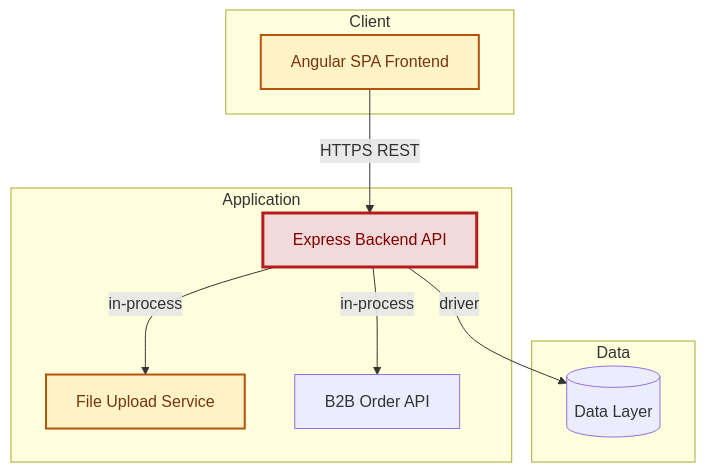
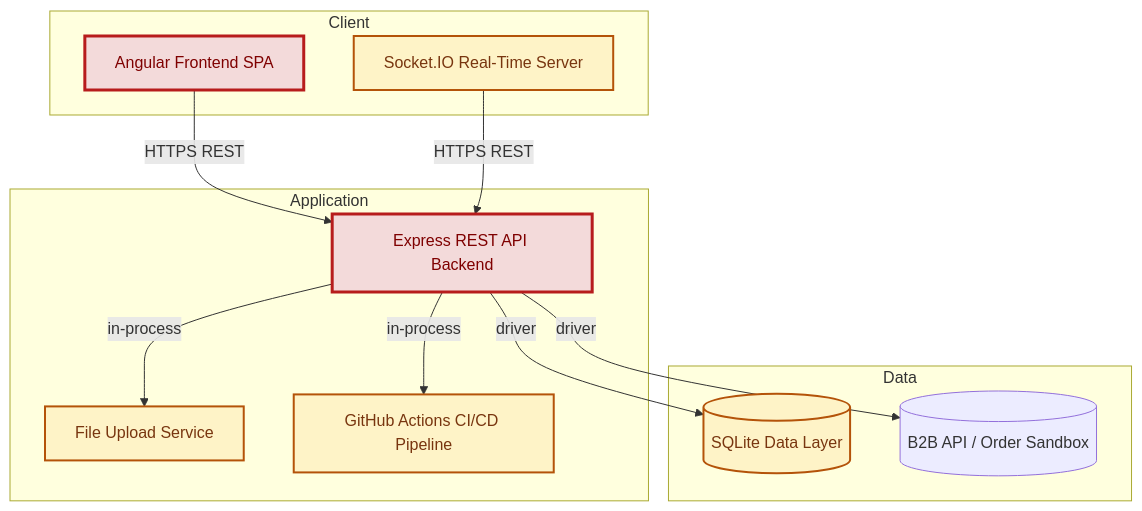
One commit to appsec-foundry/appsec-advisor changed the fifth of 27 diagrams in examples/threat-modeler/threat-model-juice-shop-standard.md. Above: the diagram before and after it, drawn with Mermaid. The commit also changed other lines of this file and 3 other files, not shown here.

````diff
--- a/examples/threat-modeler/threat-model-juice-shop-standard.md
+++ b/examples/threat-modeler/threat-model-juice-shop-standard.md
@@ -382,23 +449,30 @@
 ```mermaid
 flowchart TB
     subgraph Client
-        angular_spa["Angular SPA Frontend"]
+        frontend_spa["Angular Frontend SPA"]
+        socketio_server["Socket.IO Real-Time Server"]
     end
     subgraph Application
-        express_backend["Express Backend API"]
+        backend_api["Express REST API Backend"]
         file_upload_service["File Upload Service"]
-        b2b_api["B2B Order API"]
+        ci_cd_pipeline["GitHub Actions CI/CD Pipeline"]
     end
     subgraph Data
-        data_layer[("Data Layer")]
+        data_persistence[("SQLite Data Layer")]
+        b2b_api[("B2B API / Order Sandbox")]
     end
-    angular_spa -->|HTTPS REST| express_backend
-    express_backend -->|driver| data_layer
-    express_backend -->|in-process| file_upload_service
-    express_backend -->|in-process| b2b_api
+    frontend_spa -->|HTTPS REST| backend_api
+    socketio_server -->|HTTPS REST| backend_api
+    backend_api -->|driver| data_persistence
+    backend_api -->|driver| b2b_api
+    backend_api -->|in-process| file_upload_service
+    backend_api -->|in-process| ci_cd_pipeline
     classDef critical fill:#f3dada,stroke:#b71c1c,color:#7f0000,stroke-width:3px
     classDef warning  fill:#fef3c7,stroke:#b45309,color:#78350f,stroke-width:2px
-    class express_backend critical
-    class angular_spa warning
+    class frontend_spa critical
+    class backend_api critical
+    class data_persistence warning
     class file_upload_service warning
+    class socketio_server warning
+    class ci_cd_pipeline warning
 ```
````
